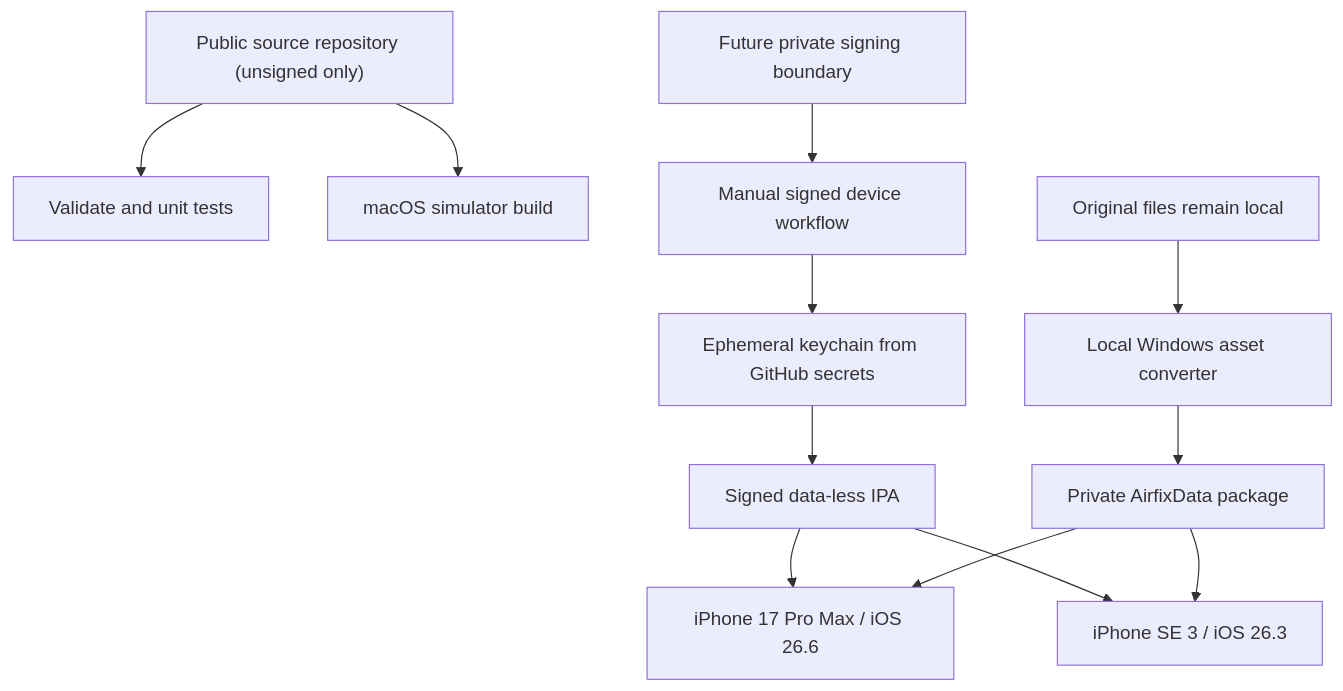
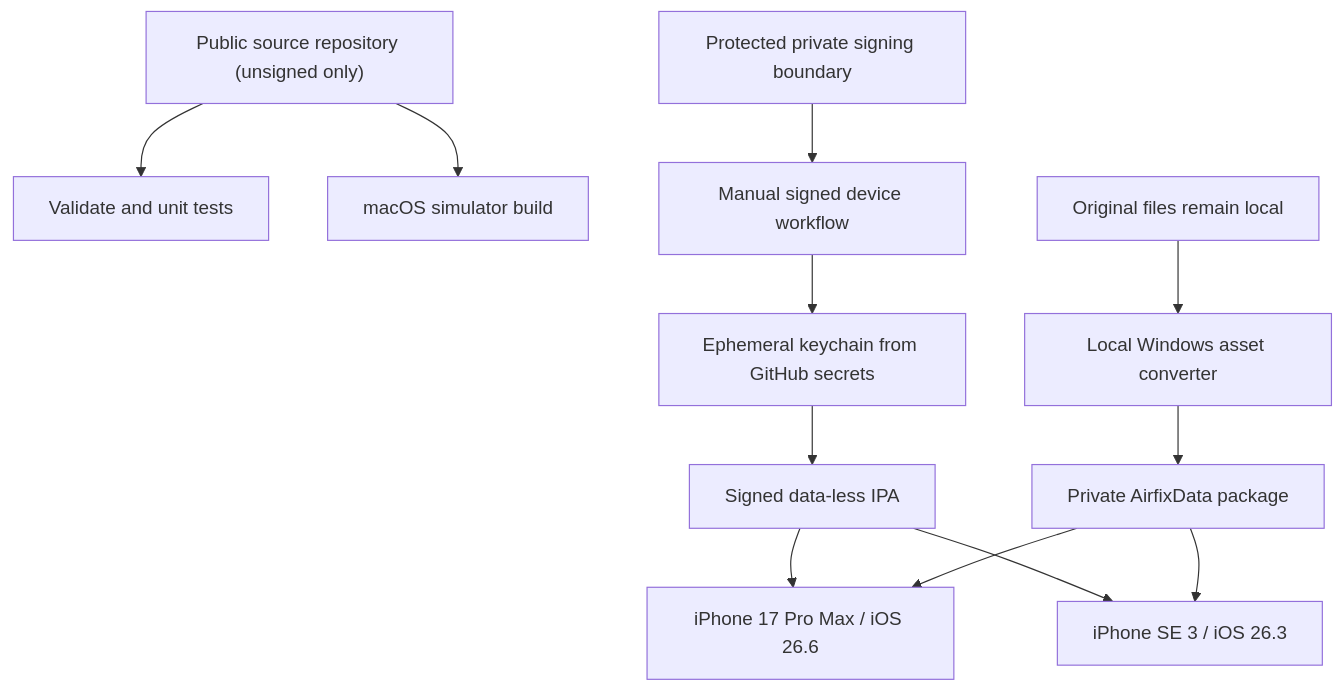
Before and after one commit to tryk016/airfix-dogfighter: the diagram in docs/ci/GITHUB-ACTIONS-IOS.md, drawn with Mermaid. The commit also changed other lines of this file and 13 other files, not shown here.

Commit message:
Add private iOS IPA signing gate (#153)

````diff
--- a/docs/ci/GITHUB-ACTIONS-IOS.md
+++ b/docs/ci/GITHUB-ACTIONS-IOS.md
@@ -42,14 +44,14 @@
 ```mermaid
 flowchart TD
     R["Public source repository (unsigned only)"] --> V["Validate and unit tests"]
     R --> S["macOS simulator build"]
-    P["Future private signing boundary"] --> D["Manual signed device workflow"]
+    P["Protected private signing boundary"] --> D["Manual signed device workflow"]
     D --> K["Ephemeral keychain from GitHub secrets"]
     K --> I["Signed data-less IPA"]
     I --> P1["iPhone 17 Pro Max / iOS 26.6"]
     I --> P2["iPhone SE 3 / iOS 26.3"]
     O["Original files remain local"] --> C["Local Windows asset converter"]
     C --> A["Private AirfixData package"]
     A --> P1
     A --> P2
 ```
````
